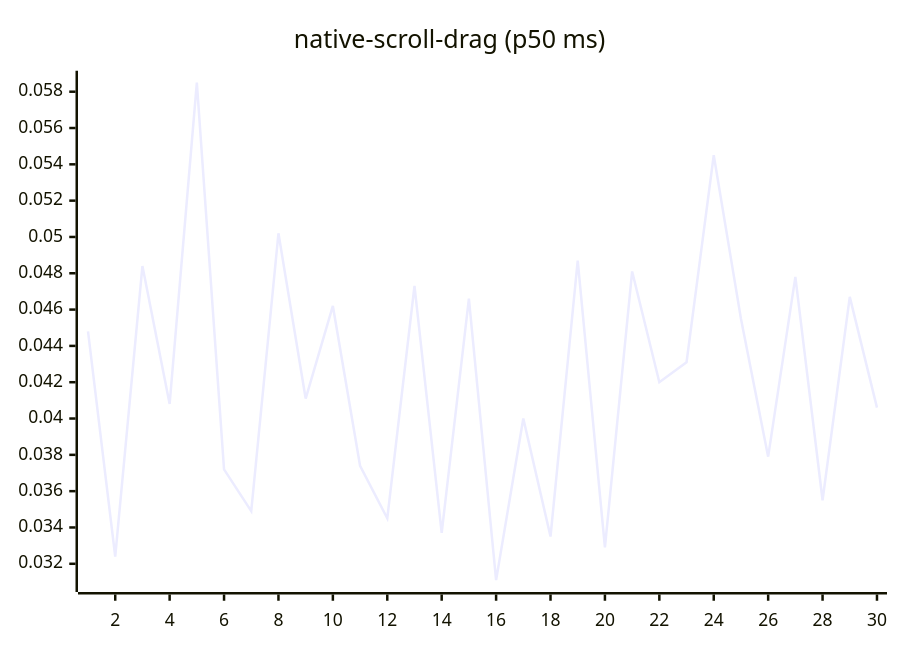
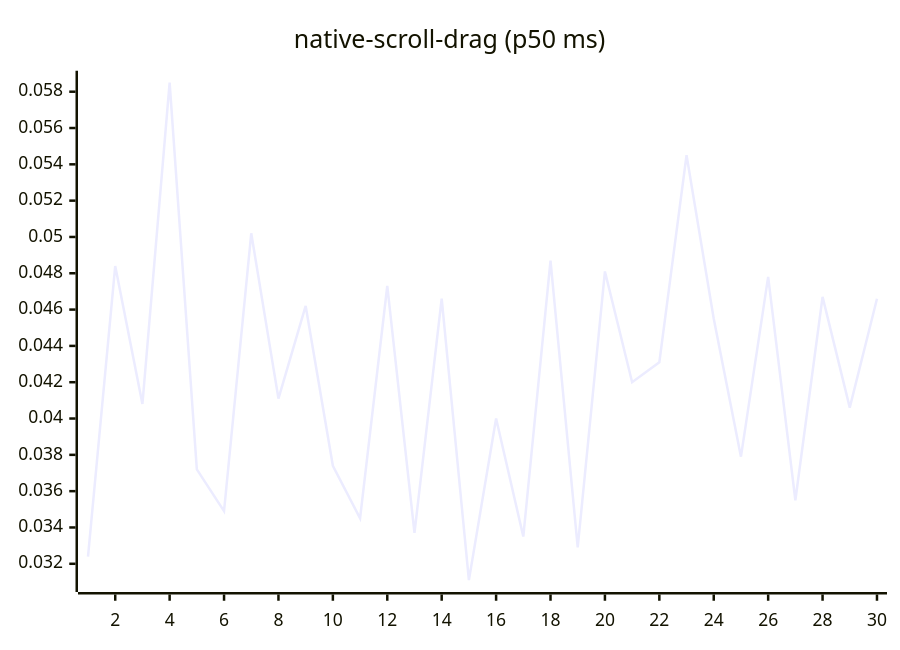
Diagram 14 of 27 in README.md (josha/Facet), drawn with Mermaid before and after one commit. The commit also changed other lines of this file and 2 other files, not shown here.

````diff
--- a/README.md
+++ b/README.md
@@ -154,6 +154,6 @@
 ```mermaid
 xychart-beta
     title "native-scroll-drag (p50 ms)"
     x-axis 1 --> 30
-    line [0.0448, 0.0324, 0.0484, 0.0408, 0.0585, 0.0372, 0.0349, 0.0502, 0.0411, 0.0462, 0.0374, 0.0345, 0.0473, 0.0337, 0.0466, 0.0311, 0.0400, 0.0335, 0.0487, 0.0329, 0.0481, 0.0420, 0.0431, 0.0545, 0.0455, 0.0379, 0.0478, 0.0355, 0.0467, 0.0406]
+    line [0.0324, 0.0484, 0.0408, 0.0585, 0.0372, 0.0349, 0.0502, 0.0411, 0.0462, 0.0374, 0.0345, 0.0473, 0.0337, 0.0466, 0.0311, 0.0400, 0.0335, 0.0487, 0.0329, 0.0481, 0.0420, 0.0431, 0.0545, 0.0455, 0.0379, 0.0478, 0.0355, 0.0467, 0.0406, 0.0466]
 ```
````
